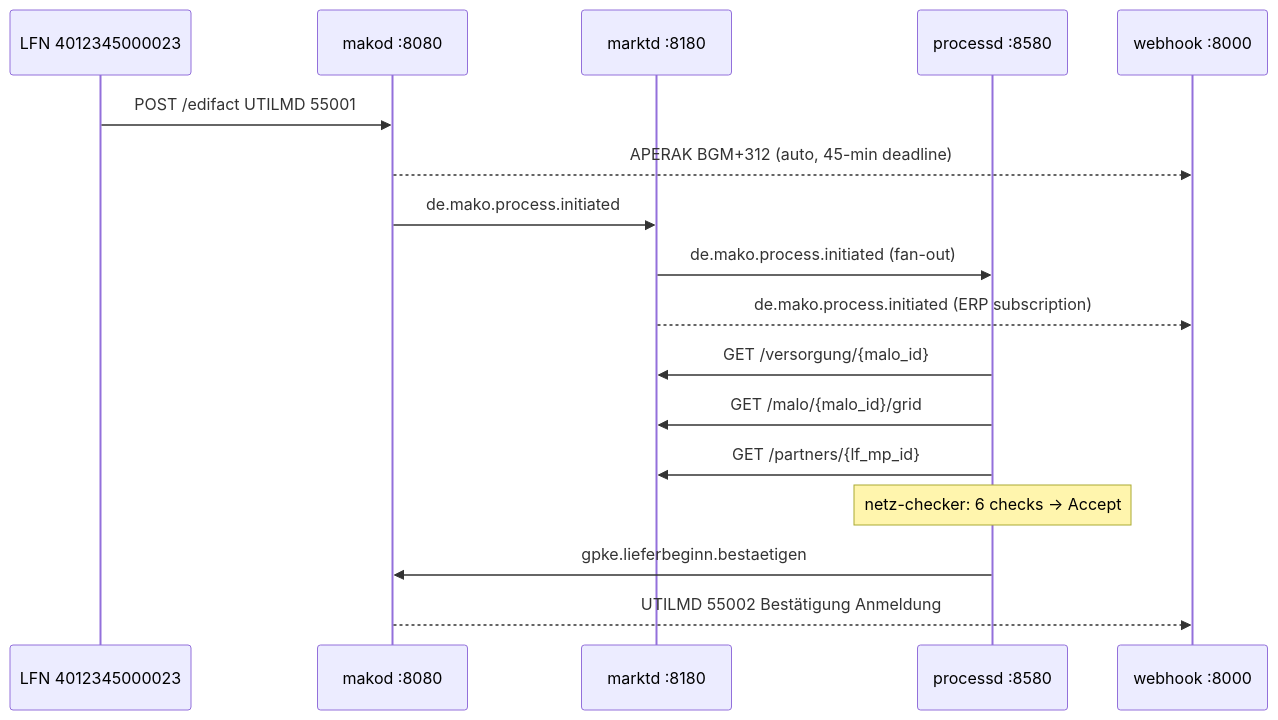
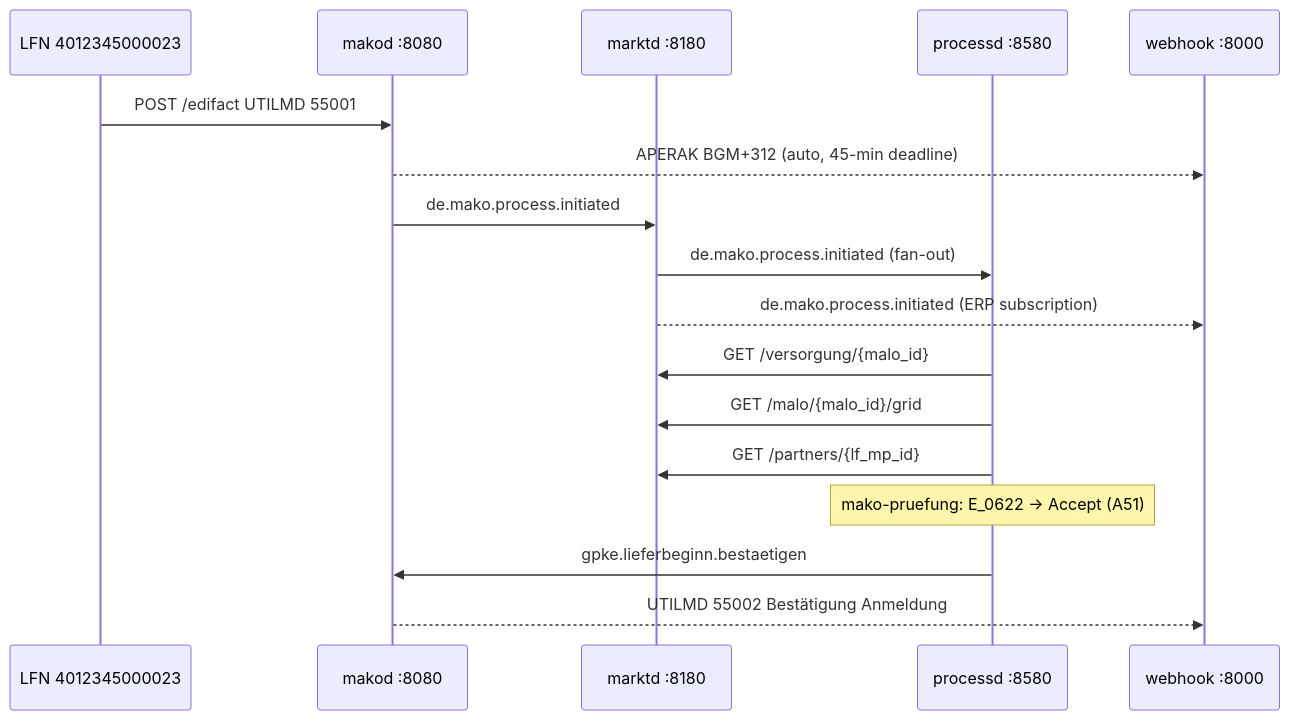
The diagram in demos/nb-stp/README.md (hupe1980/mako), drawn with Mermaid before and after one commit. The commit also changed other lines of this file and 79 other files, not shown here.

````diff
--- a/demos/nb-stp/README.md
+++ b/demos/nb-stp/README.md
@@ -35,20 +35,20 @@
 ```mermaid
 sequenceDiagram
     participant LF as LFN 4012345000023
     participant makod as makod :8080
     participant marktd as marktd :8180
     participant processd as processd :8580
     participant webhook as webhook :8000
 
     LF->>makod: POST /edifact  UTILMD 55001
     makod-->>webhook: APERAK BGM+312 (auto, 45-min deadline)
     makod->>marktd: de.mako.process.initiated
     marktd->>processd: de.mako.process.initiated (fan-out)
     marktd-->>webhook: de.mako.process.initiated (ERP subscription)
     processd->>marktd: GET /versorgung/{malo_id}
     processd->>marktd: GET /malo/{malo_id}/grid
     processd->>marktd: GET /partners/{lf_mp_id}
-    Note over processd: netz-checker: 6 checks → Accept
+    Note over processd: mako-pruefung: E_0622 → Accept (A51)
     processd->>makod: gpke.lieferbeginn.bestaetigen
     makod-->>webhook: UTILMD 55002 Bestätigung Anmeldung
 ```
````
